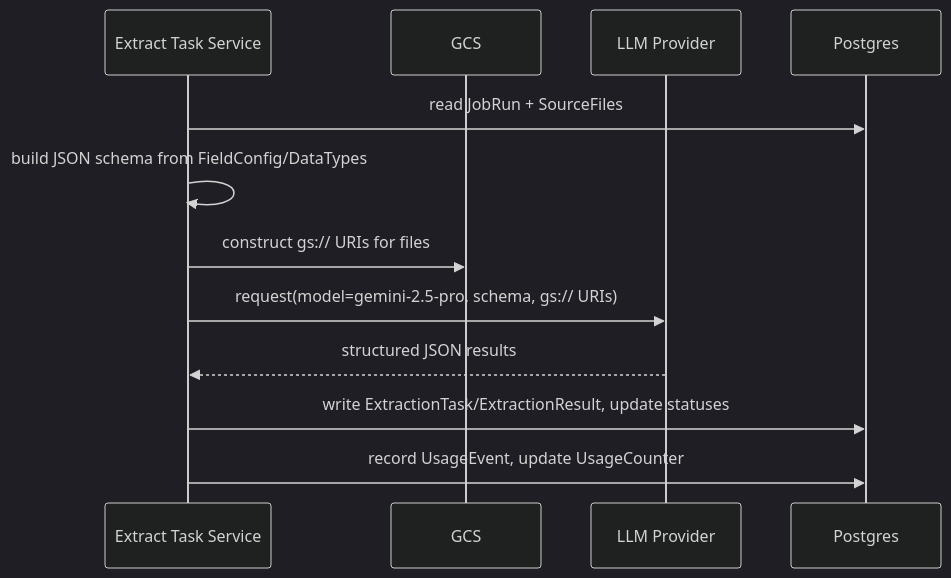
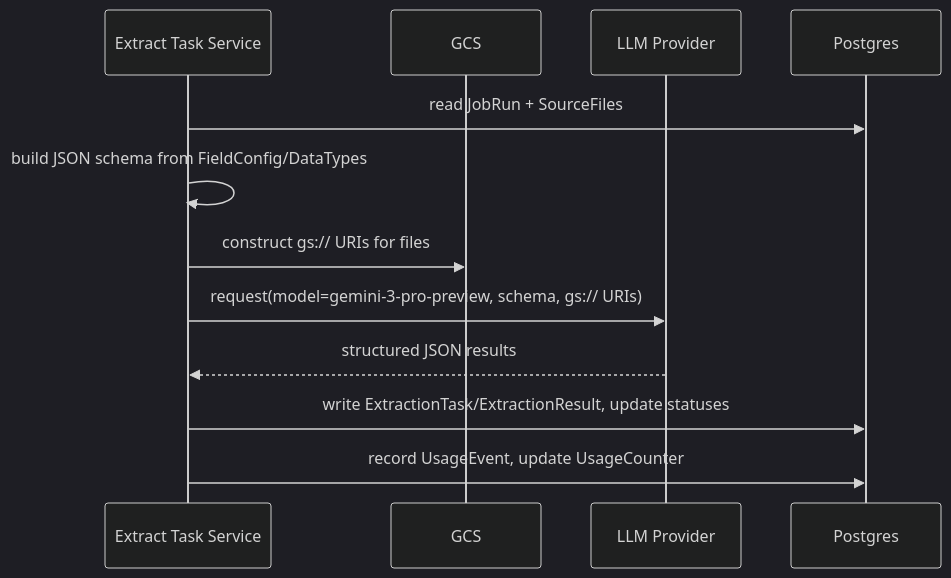
Before and after one commit to ghost1034/bytereview: the third of 6 diagrams in README.md, drawn with Mermaid (dark theme). The commit also changed other lines of this file and 1 other file, not shown here.

Commit message:
Change default Gemini model from gemini-2.5-pro to gemini-3-pro-preview

````diff
--- a/README.md
+++ b/README.md
@@ -243,15 +243,15 @@
 ```mermaid
 sequenceDiagram
   participant EX as Extract Task Service
   participant GCS as GCS
   participant LLM as LLM Provider
   participant DB as Postgres
 
   EX->>DB: read JobRun + SourceFiles
   EX->>EX: build JSON schema from FieldConfig/DataTypes
   EX->>GCS: construct gs:// URIs for files
-  EX->>LLM: request(model=gemini-2.5-pro, schema, gs:// URIs)
+  EX->>LLM: request(model=gemini-3-pro-preview, schema, gs:// URIs)
   LLM-->>EX: structured JSON results
   EX->>DB: write ExtractionTask/ExtractionResult, update statuses
   EX->>DB: record UsageEvent, update UsageCounter
 ```
````
